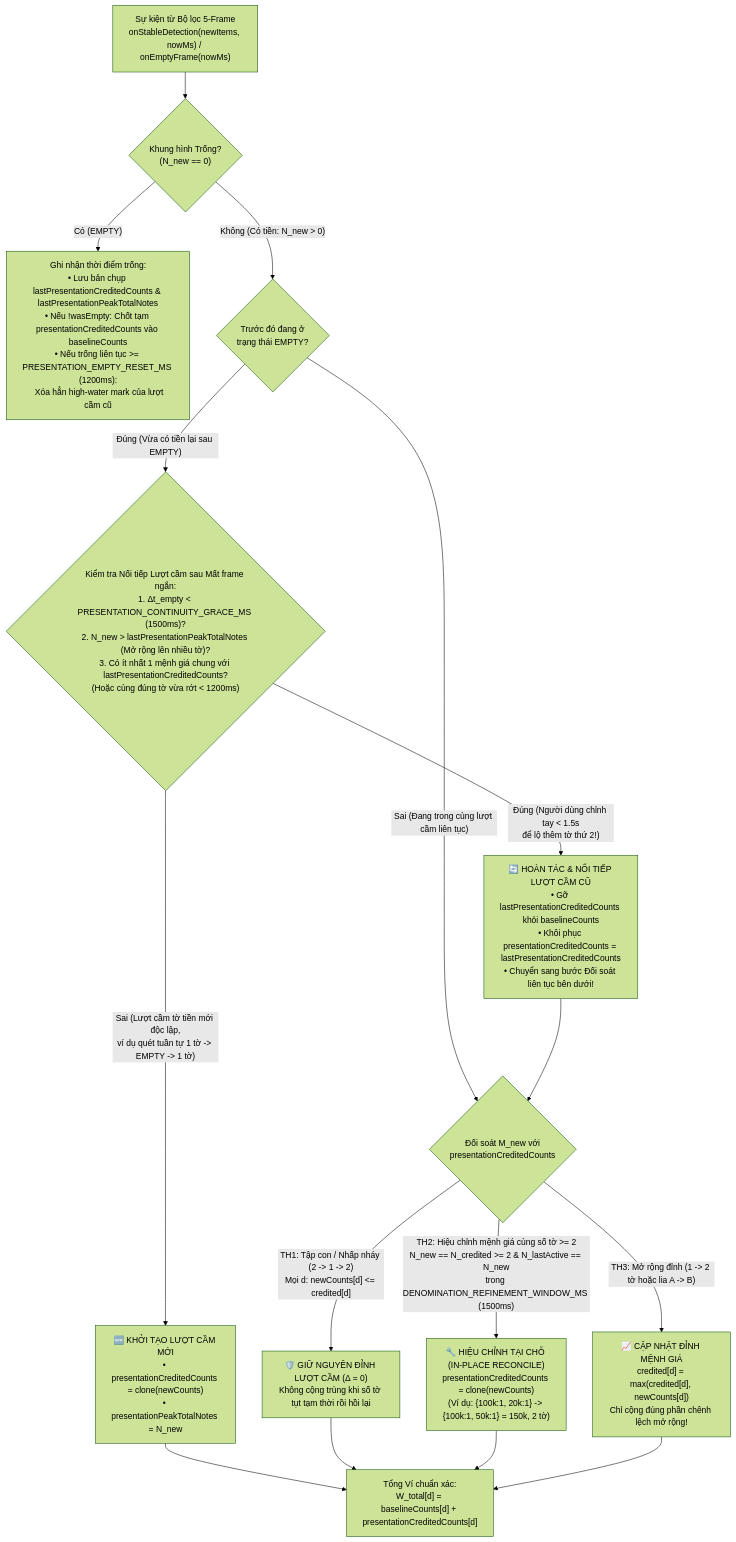
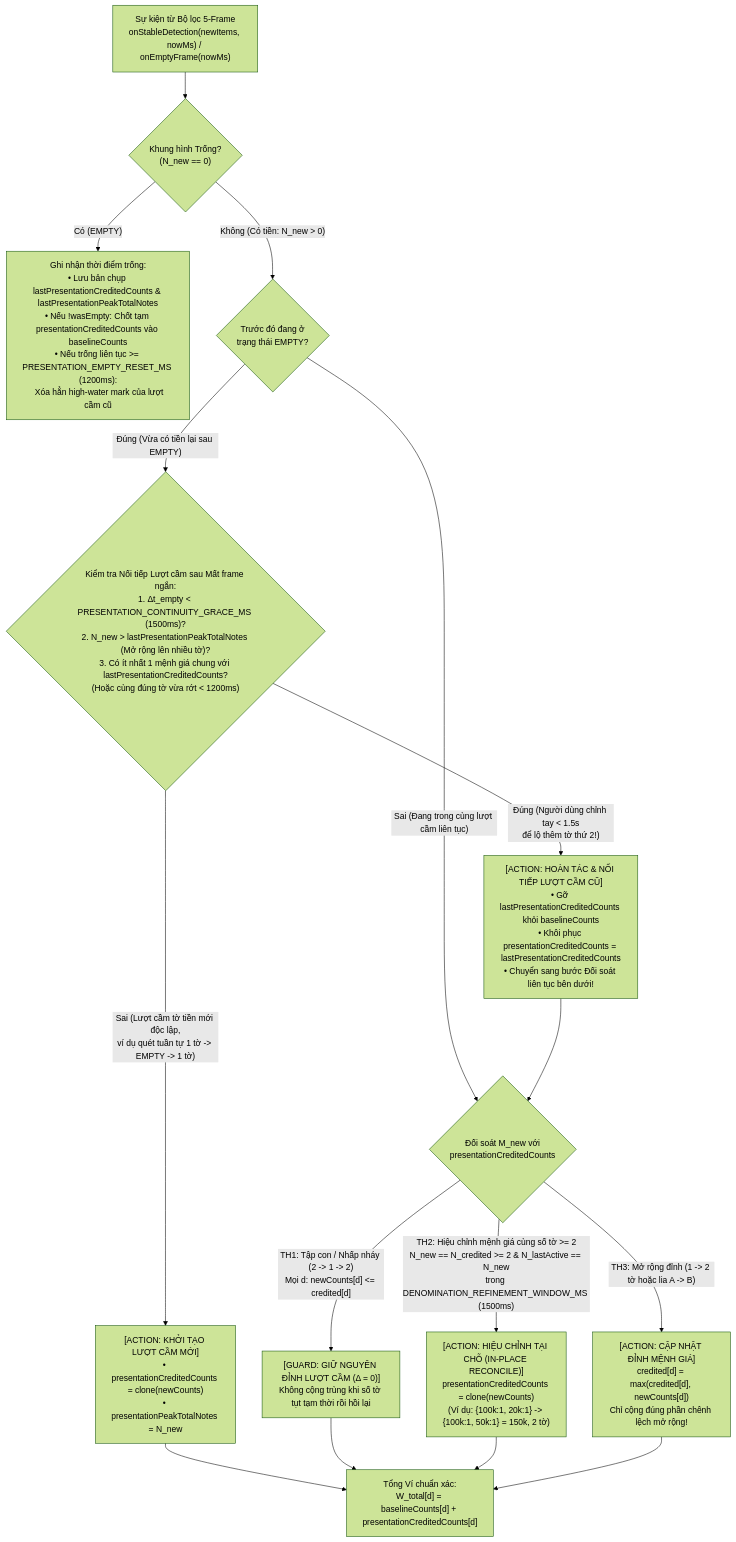
One commit to hezioquan12/vietnamese-money-vision changed the fourth of 9 diagrams in docs/SYSTEM_ARCHITECTURE_AND_DESIGN.md. Above: the diagram before and after it, drawn with Mermaid (forest theme). The commit also changed other lines of this file and 4 other files, not shown here.

Commit message:
docs: standardize technical specifications, remove sprint tickets and de-slop diagrams

````diff
--- a/docs/SYSTEM_ARCHITECTURE_AND_DESIGN.md
+++ b/docs/SYSTEM_ARCHITECTURE_AND_DESIGN.md
@@ -177,25 +177,25 @@
 ```mermaid
 flowchart TD
     In["Sự kiện từ Bộ lọc 5-Frame\nonStableDetection(newItems, nowMs) / onEmptyFrame(nowMs)"] --> CheckEmpty{"Khung hình Trống?\n(N_new == 0)"}
 
     CheckEmpty -->|"Có (EMPTY)"| HandleEmpty["Ghi nhận thời điểm trống:\n• Lưu bản chụp lastPresentationCreditedCounts & lastPresentationPeakTotalNotes\n• Nếu !wasEmpty: Chốt tạm presentationCreditedCounts vào baselineCounts\n• Nếu trống liên tục >= PRESENTATION_EMPTY_RESET_MS (1200ms):\n  Xóa hẳn high-water mark của lượt cầm cũ"]
 
     CheckEmpty -->|"Không (Có tiền: N_new > 0)"| WasEmptyCheck{"Trước đó đang ở\ntrạng thái EMPTY?"}
 
     WasEmptyCheck -->|"Đúng (Vừa có tiền lại sau EMPTY)"| CheckDropout{"Kiểm tra Nối tiếp Lượt cầm sau Mất frame ngắn:\n1. Δt_empty < PRESENTATION_CONTINUITY_GRACE_MS (1500ms)?\n2. N_new > lastPresentationPeakTotalNotes (Mở rộng lên nhiều tờ)?\n3. Có ít nhất 1 mệnh giá chung với lastPresentationCreditedCounts?\n(Hoặc cùng đúng tờ vừa rớt < 1200ms)"}
 
-    CheckDropout -->|"Đúng (Người dùng chỉnh tay < 1.5s\nđể lộ thêm tờ thứ 2!)"| Uncommit["🔄 HOÀN TÁC & NỐI TIẾP LƯỢT CẦM CŨ\n• Gỡ lastPresentationCreditedCounts khỏi baselineCounts\n• Khôi phục presentationCreditedCounts = lastPresentationCreditedCounts\n• Chuyển sang bước Đối soát liên tục bên dưới!"]
-    CheckDropout -->|"Sai (Lượt cầm tờ tiền mới độc lập,\nví dụ quét tuần tự 1 tờ -> EMPTY -> 1 tờ)"| NewPres["🆕 KHỞI TẠO LƯỢT CẦM MỚI\n• presentationCreditedCounts = clone(newCounts)\n• presentationPeakTotalNotes = N_new"]
+    CheckDropout -->|"Đúng (Người dùng chỉnh tay < 1.5s\nđể lộ thêm tờ thứ 2!)"| Uncommit["[ACTION: HOÀN TÁC & NỐI TIẾP LƯỢT CẦM CŨ]\n• Gỡ lastPresentationCreditedCounts khỏi baselineCounts\n• Khôi phục presentationCreditedCounts = lastPresentationCreditedCounts\n• Chuyển sang bước Đối soát liên tục bên dưới!"]
+    CheckDropout -->|"Sai (Lượt cầm tờ tiền mới độc lập,\nví dụ quét tuần tự 1 tờ -> EMPTY -> 1 tờ)"| NewPres["[ACTION: KHỞI TẠO LƯỢT CẦM MỚI]\n• presentationCreditedCounts = clone(newCounts)\n• presentationPeakTotalNotes = N_new"]
 
     WasEmptyCheck -->|"Sai (Đang trong cùng lượt cầm liên tục)"| Reconcile{"Đối soát M_new với\npresentationCreditedCounts"}
     Uncommit --> Reconcile
 
-    Reconcile -->|"TH1: Tập con / Nhấp nháy (2 -> 1 -> 2)\nMọi d: newCounts[d] <= credited[d]"| CaseSubset["🛡️ GIỮ NGUYÊN ĐỈNH LƯỢT CẦM (Δ = 0)\nKhông cộng trùng khi số tờ tụt tạm thời rồi hồi lại"]
-    Reconcile -->|"TH2: Hiệu chỉnh mệnh giá cùng số tờ >= 2\nN_new == N_credited >= 2 & N_lastActive == N_new\ntrong DENOMINATION_REFINEMENT_WINDOW_MS (1500ms)"| CaseRefine["🔧 HIỆU CHỈNH TẠI CHỖ (IN-PLACE RECONCILE)\npresentationCreditedCounts = clone(newCounts)\n(Ví dụ: {100k:1, 20k:1} -> {100k:1, 50k:1} = 150k, 2 tờ)"]
-    Reconcile -->|"TH3: Mở rộng đỉnh (1 -> 2 tờ hoặc lia A -> B)"| CaseExpand["📈 CẬP NHẬT ĐỈNH MỆNH GIÁ\ncredited[d] = max(credited[d], newCounts[d])\nChỉ cộng đúng phần chênh lệch mở rộng!"]
+    Reconcile -->|"TH1: Tập con / Nhấp nháy (2 -> 1 -> 2)\nMọi d: newCounts[d] <= credited[d]"| CaseSubset["[GUARD: GIỮ NGUYÊN ĐỈNH LƯỢT CẦM (Δ = 0)]\nKhông cộng trùng khi số tờ tụt tạm thời rồi hồi lại"]
+    Reconcile -->|"TH2: Hiệu chỉnh mệnh giá cùng số tờ >= 2\nN_new == N_credited >= 2 & N_lastActive == N_new\ntrong DENOMINATION_REFINEMENT_WINDOW_MS (1500ms)"| CaseRefine["[ACTION: HIỆU CHỈNH TẠI CHỖ (IN-PLACE RECONCILE)]\npresentationCreditedCounts = clone(newCounts)\n(Ví dụ: {100k:1, 20k:1} -> {100k:1, 50k:1} = 150k, 2 tờ)"]
+    Reconcile -->|"TH3: Mở rộng đỉnh (1 -> 2 tờ hoặc lia A -> B)"| CaseExpand["[ACTION: CẬP NHẬT ĐỈNH MỆNH GIÁ]\ncredited[d] = max(credited[d], newCounts[d])\nChỉ cộng đúng phần chênh lệch mở rộng!"]
 
     NewPres --> CalcTotal["Tổng Ví chuẩn xác:\nW_total[d] = baselineCounts[d] + presentationCreditedCounts[d]"]
     CaseSubset --> CalcTotal
     CaseRefine --> CalcTotal
     CaseExpand --> CalcTotal
 ```
````
